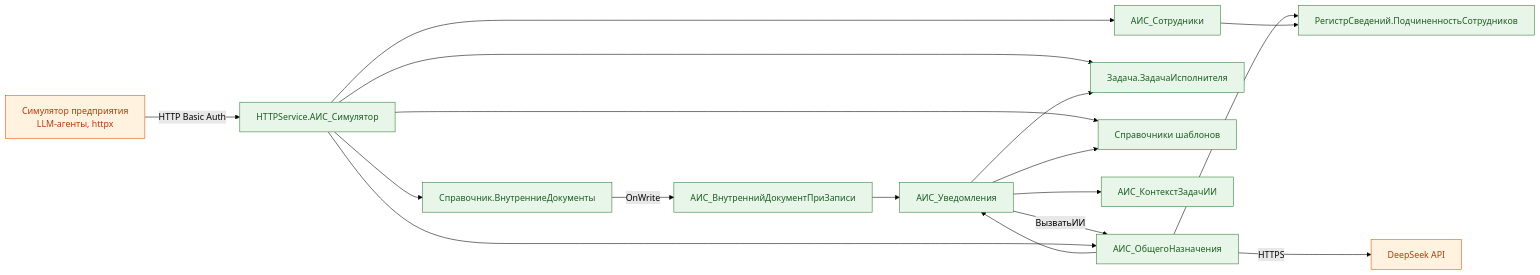
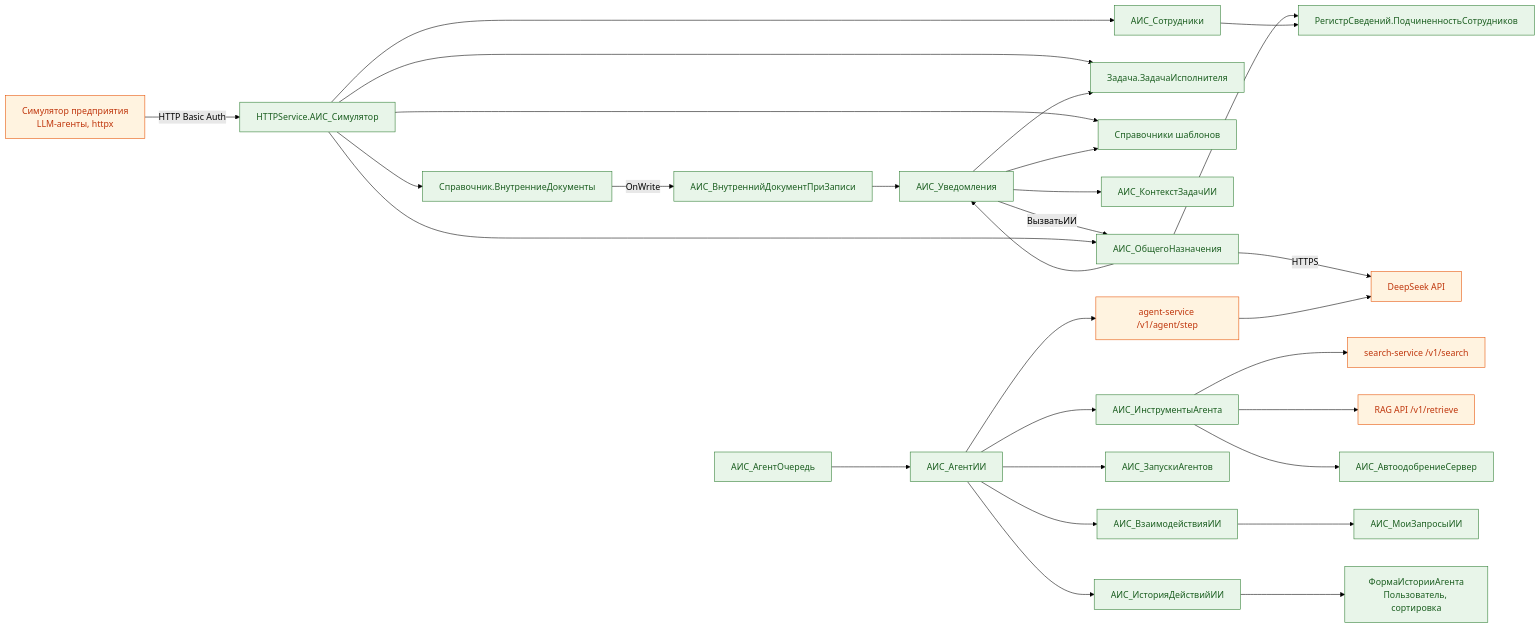
Before and after one commit to igorvolk1961/ai_scrivener: the fifth of 5 diagrams in docs/system-analysis/c4-model.md, drawn with Mermaid (forest theme). The commit also changed other lines of this file and 12 other files, not shown here.

````diff
--- a/docs/system-analysis/c4-model.md
+++ b/docs/system-analysis/c4-model.md
@@ -343,24 +349,37 @@
 ```mermaid
 flowchart LR
     SIM["Симулятор предприятия<br/>LLM-агенты, httpx"] -->|"HTTP Basic Auth"| HS["HTTPService.АИС_Симулятор"]
     HS --> EMP["АИС_Сотрудники"]
     HS --> DOC["Справочник.ВнутренниеДокументы"]
     HS --> TASK["Задача.ЗадачаИсполнителя"]
     HS --> TPL["Справочники шаблонов"]
     DOC -->|"OnWrite"| SUB["АИС_ВнутреннийДокументПриЗаписи"]
     SUB --> NOTIF["АИС_Уведомления"]
     NOTIF --> TASK
     NOTIF --> CTX["АИС_КонтекстЗадачИИ"]
     NOTIF -->|"ВызватьИИ"| COMMON["АИС_ОбщегоНазначения"]
     NOTIF --> TPL
     HS --> COMMON
     COMMON --> NOTIF
     COMMON -->|"HTTPS"| DS["DeepSeek API"]
     COMMON --> IR["РегистрСведений.ПодчиненностьСотрудников"]
     EMP --> IR
 
+    JQ["АИС_АгентОчередь"] --> AGENT["АИС_АгентИИ"]
+    AGENT --> TOOLS["АИС_ИнструментыАгента"]
+    AGENT --> ASVC["agent-service /v1/agent/step"]
+    AGENT --> RUNS["АИС_ЗапускиАгентов"]
+    AGENT --> INTER["АИС_ВзаимодействияИИ"]
+    AGENT --> HIST["АИС_ИсторияДействийИИ"]
+    TOOLS --> SEARCH["search-service /v1/search"]
+    TOOLS --> RAG["RAG API /v1/retrieve"]
+    TOOLS --> AUTO["АИС_АвтоодобрениеСервер"]
+    INTER --> FORM["АИС_МоиЗапросыИИ"]
+    HIST --> HIVIEW["ФормаИсторииАгента<br/>Пользователь, сортировка"]
+    ASVC --> DS
+
     classDef impl fill:#E8F5E9,stroke:#2E7D32,color:#1B5E20
     classDef ext fill:#FFF3E0,stroke:#E65100,color:#BF360C
-    class SIM,DS ext
-    class HS,EMP,DOC,TASK,TPL,SUB,NOTIF,CTX,COMMON,IR impl
+    class SIM,DS,ASVC,SEARCH,RAG ext
+    class HS,EMP,DOC,TASK,TPL,SUB,NOTIF,CTX,COMMON,IR,JQ,AGENT,TOOLS,RUNS,INTER,HIST,AUTO,FORM,HIVIEW impl
 ```
````
